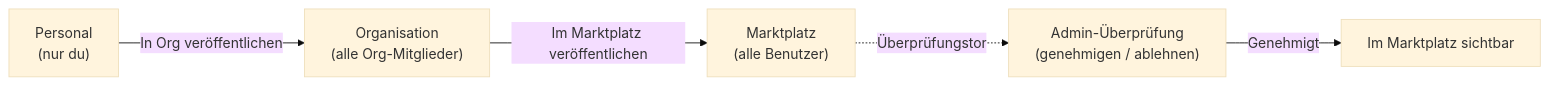
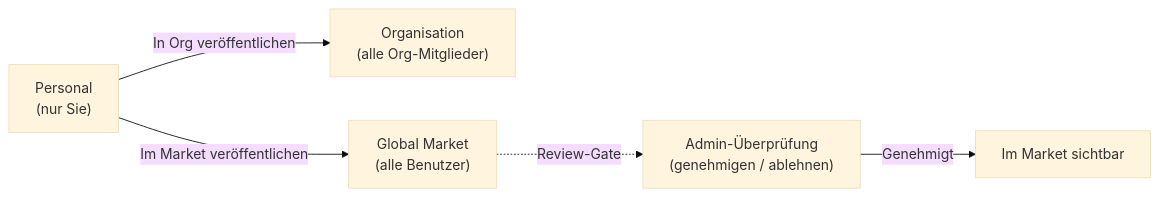
Before and after one commit to fim-ai/fim-agent: the diagram in docs/de/concepts/market.mdx, drawn with Mermaid (base theme). The commit also changed other lines of this file and 72 other files, not shown here.

````diff
--- a/docs/de/concepts/market.mdx
+++ b/docs/de/concepts/market.mdx
@@ -18,7 +71,7 @@
 ```mermaid
 flowchart LR
-    P["Personal<br/>(nur du)"] -->|"In Org veröffentlichen"| O["Organisation<br/>(alle Org-Mitglieder)"]
-    O -->|"Im Marktplatz veröffentlichen"| M["Marktplatz<br/>(alle Benutzer)"]
-    M -.->|"Überprüfungstor"| R["Admin-Überprüfung<br/>(genehmigen / ablehnen)"]
-    R -->|"Genehmigt"| V["Im Marktplatz sichtbar"]
+    P["Personal<br/>(nur Sie)"] -->|"In Org veröffentlichen"| O["Organisation<br/>(alle Org-Mitglieder)"]
+    P -->|"Im Market veröffentlichen"| M["Global Market<br/>(alle Benutzer)"]
+    M -.->|"Review-Gate"| R["Admin-Überprüfung<br/>(genehmigen / ablehnen)"]
+    R -->|"Genehmigt"| V["Im Market sichtbar"]
 ```
````
